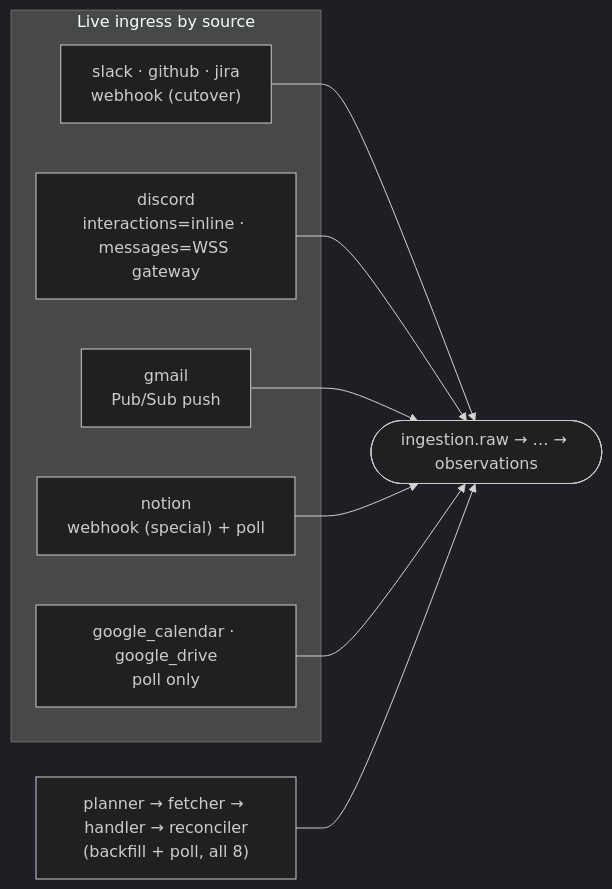
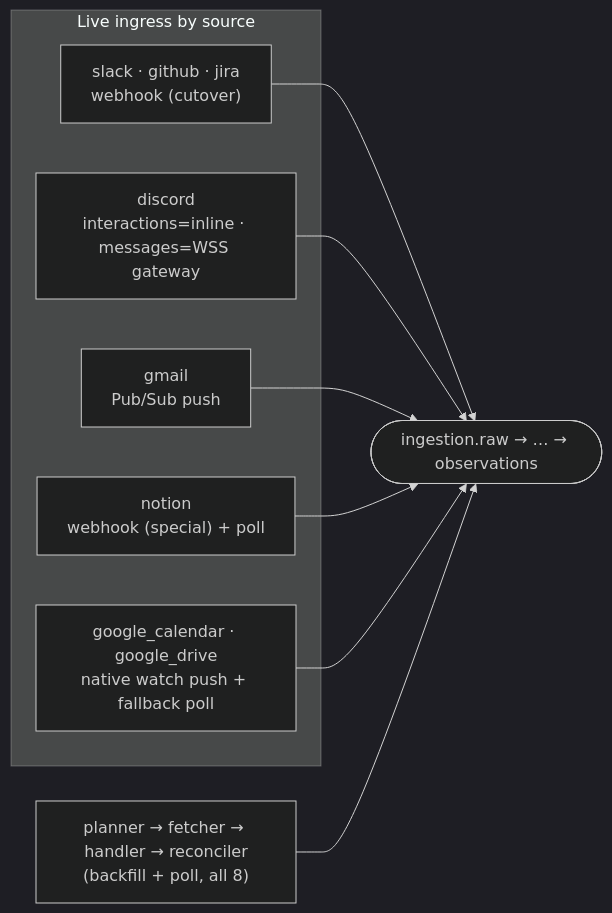
Before and after one commit to Fyralisinc/fyraliscore: the sixth of 8 diagrams in docs/ingestion/architecture.md, drawn with Mermaid (dark theme). The commit also changed other lines of this file and 395 other files, not shown here.

````diff
--- a/docs/ingestion/architecture.md
+++ b/docs/ingestion/architecture.md
@@ -244,18 +244,18 @@
 ```mermaid
 flowchart LR
     subgraph Ingress["Live ingress by source"]
         S1["slack · github · jira<br/>webhook (cutover)"]
         S2["discord<br/>interactions=inline · messages=WSS gateway"]
         S3["gmail<br/>Pub/Sub push"]
         S4["notion<br/>webhook (special) + poll"]
-        S5["google_calendar · google_drive<br/>poll only"]
+        S5["google_calendar · google_drive<br/>native watch push + fallback poll"]
     end
     Q["planner → fetcher → handler → reconciler<br/>(backfill + poll, all 8)"]
     P(["ingestion.raw → … → observations"])
     S1 --> P
     S2 --> P
     S3 --> P
     S4 --> P
     S5 --> P
     Q --> P
 ```
````
